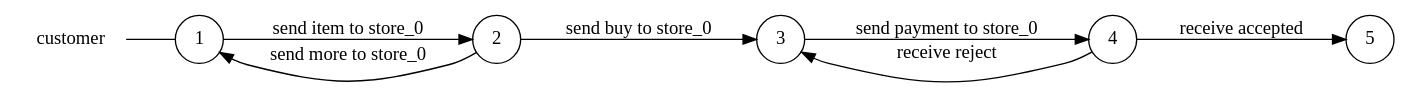
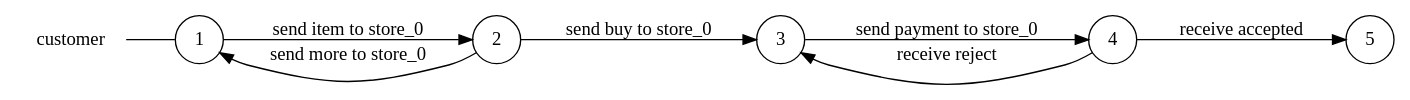
The diagram in examples/customer/customer_local_view.dot (gabrielegenovese/chorer), drawn with Graphviz before and after one commit. The commit also changed other lines of this file and 24 other files, not shown here.

```diff
--- a/examples/customer/customer_local_view.dot
+++ b/examples/customer/customer_local_view.dot
@@ -1,17 +1,17 @@
 digraph customer {
 	rankdir="LR";
 	n_0 [label="customer", shape="plaintext"];
 	n_1 [id="5", shape=circle, label="4"];
 	n_2 [id="6", shape=circle, label="3"];
 	n_3 [id="1", shape=circle, label="1"];
 	n_0 -> n_3 [arrowhead=none];
 	n_4 [id="2", shape=circle, label="2"];
 	n_5 [id="4", shape=circle, label="5"];
 
 	n_3 -> n_4 [id="[$e|1]", label="send item to store_0"];
+	n_4 -> n_2 [id="[$e|8]", label="send buy to store_0"];
+	n_2 -> n_1 [id="[$e|7]", label="send payment to store_0"];
+	n_1 -> n_2 [id="[$e|2]", label="receive reject"];
+	n_1 -> n_5 [id="[$e|4]", label="receive accepted"];
 	n_4 -> n_3 [id="[$e|9]", label="send more to store_0"];
-	n_1 -> n_5 [id="[$e|4]", label="receive accepted"];
-	n_1 -> n_2 [id="[$e|2]", label="receive reject"];
-	n_2 -> n_1 [id="[$e|7]", label="send payment to store_0"];
-	n_4 -> n_2 [id="[$e|8]", label="send buy to store_0"];
 }
```
